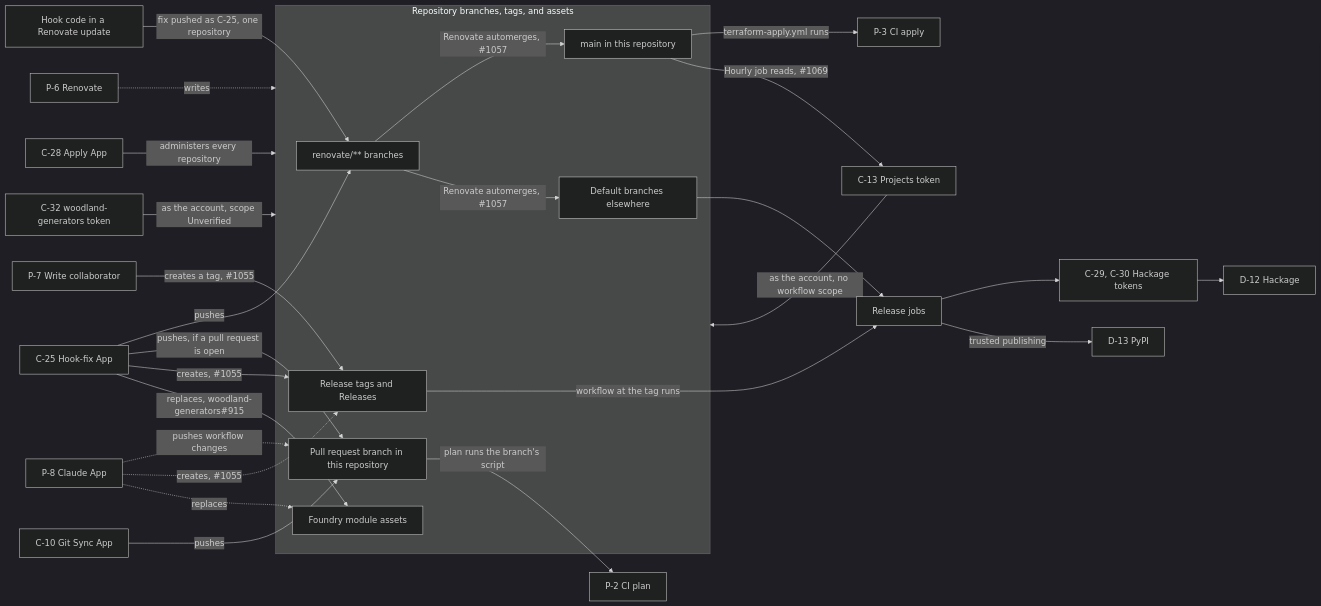
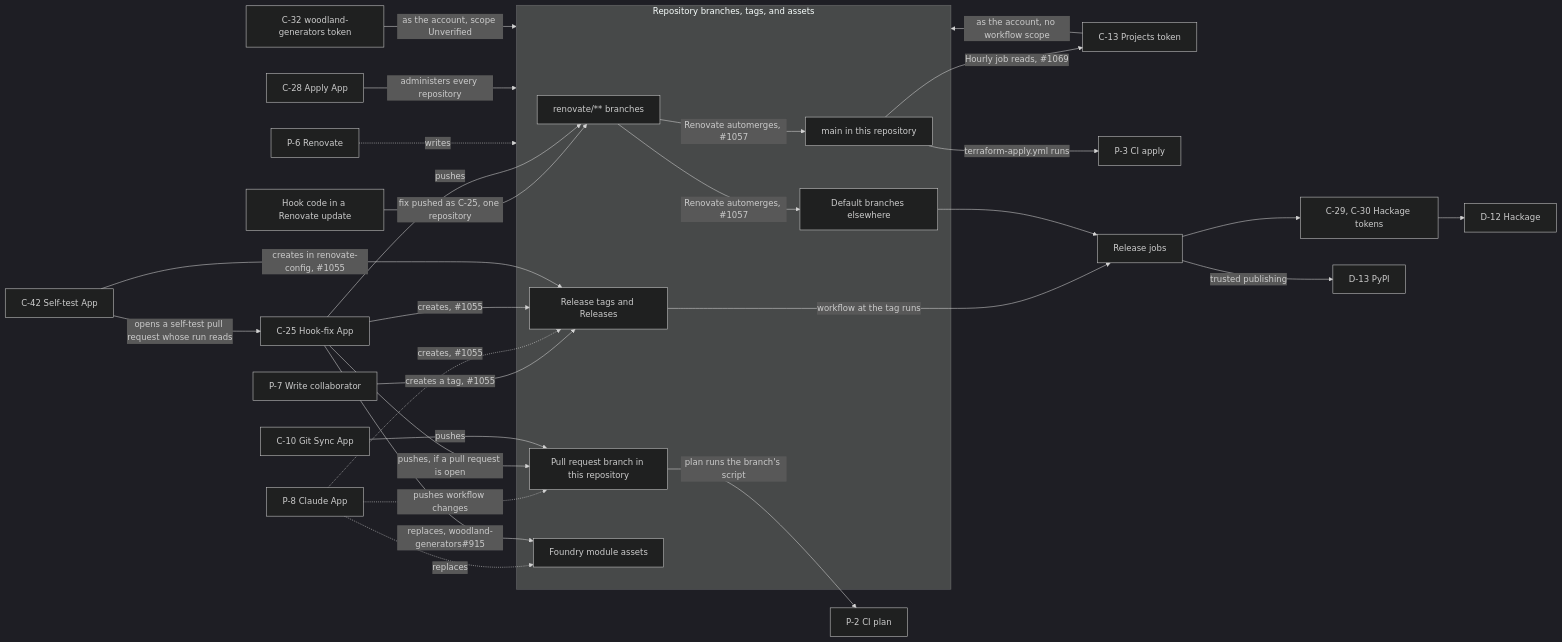
Before and after one commit to alunduil/alunduil-infrastructure: the first of 2 diagrams in docs/explanation/credential-reachability.md, drawn with Mermaid (dark theme). The commit also changed other lines of this file and 16 other files, not shown here.

First line of the commit message:
Add the hook-fix self-test GitHub App (#1160)

````diff
--- a/docs/explanation/credential-reachability.md
+++ b/docs/explanation/credential-reachability.md
@@ -71,57 +71,60 @@
 ```mermaid
 flowchart LR
   hook["Hook code in a Renovate update"]
   p7["P-7 Write collaborator"]
   p6["P-6 Renovate"]
   p8["P-8 Claude App"]
   c25["C-25 Hook-fix App"]
+  c42["C-42 Self-test App"]
   c10["C-10 Git Sync App"]
   c28["C-28 Apply App"]
   c13["C-13 Projects token"]
   c32["C-32 woodland-generators token"]
   tokens["C-29, C-30 Hackage tokens"]
   p2["P-2 CI plan"]
   p3["P-3 CI apply"]
   job["Release jobs"]
   d12["D-12 Hackage"]
   d13["D-13 PyPI"]
 
   subgraph refs["Repository branches, tags, and assets"]
     branch["renovate/** branches"]
     pr["Pull request branch in this repository"]
     infra["main in this repository"]
     other["Default branches elsewhere"]
     tag["Release tags and Releases"]
     assets["Foundry module assets"]
   end
 
   hook -->|"fix pushed as C-25, one repository"| branch
   p7 -->|"creates a tag, #1055"| tag
 
   p6 -.->|"writes"| refs
   c28 -->|"administers every repository"| refs
   c13 -->|"as the account, no workflow scope"| refs
   c32 -->|"as the account, scope Unverified"| refs
 
   p8 -.->|"pushes workflow changes"| pr
   p8 -.->|"creates, #1055"| tag
   p8 -.->|"replaces"| assets
 
   c25 -->|"pushes"| branch
   c25 -->|"pushes, if a pull request is open"| pr
   c25 -->|"creates, #1055"| tag
   c25 -->|"replaces, woodland-generators#915"| assets
   c10 -->|"pushes"| pr
+  c42 -->|"opens a self-test pull request whose run reads"| c25
+  c42 -->|"creates in renovate-config, #1055"| tag
 
   branch -->|"Renovate automerges, #1057"| infra
   branch -->|"Renovate automerges, #1057"| other
   tag -->|"workflow at the tag runs"| job
   other --> job
 
   pr -->|"plan runs the branch's script"| p2
   infra -->|"terraform-apply.yml runs"| p3
   infra -->|"Hourly job reads, #1069"| c13
   job --> tokens
   job -->|"trusted publishing"| d13
   tokens --> d12
 ```
````
